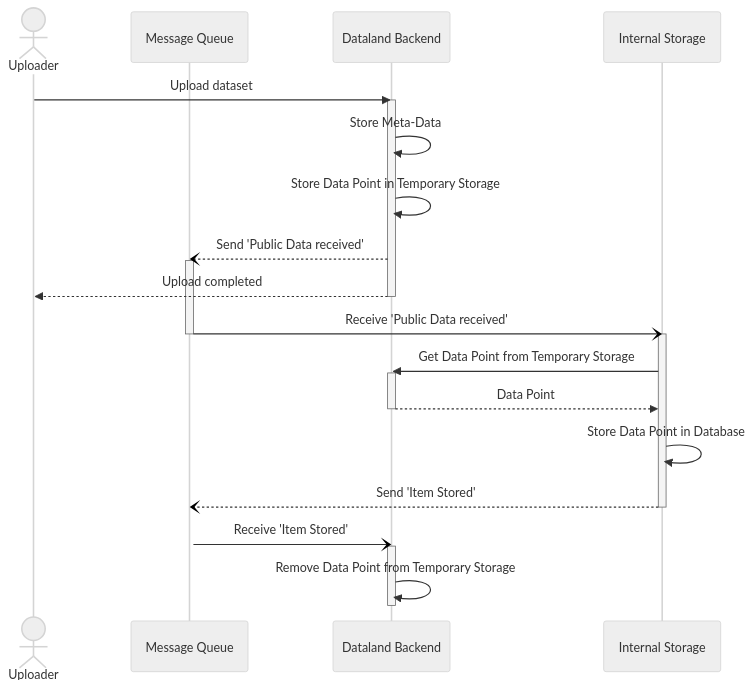
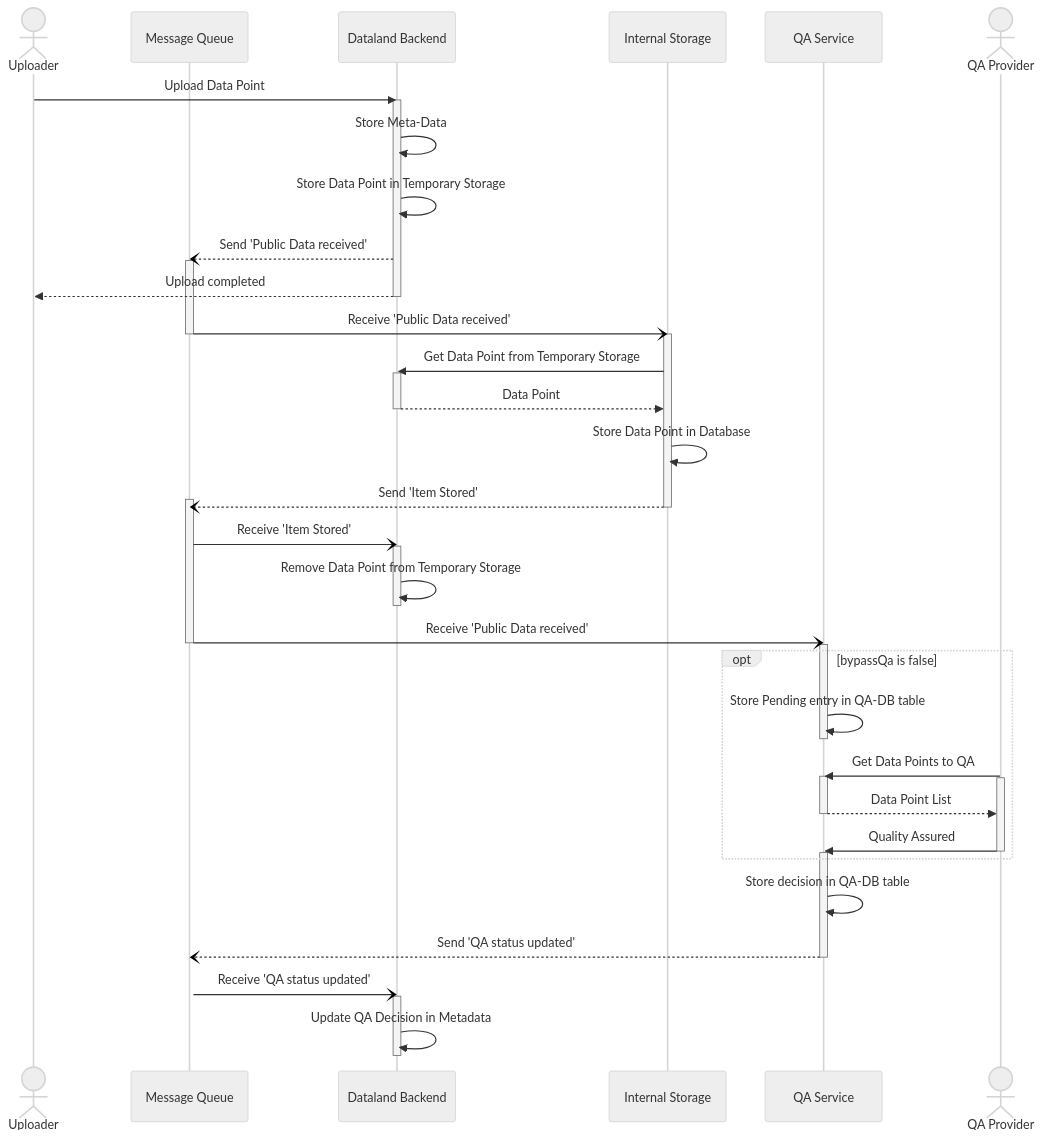
The diagram in documentation/processes/data_point_upload_process.md (d-fine/Dataland), drawn with Mermaid (neutral theme) before and after one commit. The commit also changed 85 other files, not shown here.

First line of the commit message:
DALA-5188 QA Process for Data Points (#853)

````diff
--- a/documentation/processes/data_point_upload_process.md
+++ b/documentation/processes/data_point_upload_process.md
@@ -11,33 +11,63 @@
 ```mermaid
 sequenceDiagram
     actor Uploader
     participant mq as Message Queue
     participant backend as Dataland Backend
     participant storage as Internal Storage
+    participant qaService as QA Service
+    actor qaler as QA Provider
 
-    Uploader ->> backend: Upload dataset
+    Uploader ->> backend: Upload Data Point
     activate backend
     backend ->> backend: Store Meta-Data
     backend ->> backend: Store Data Point in Temporary Storage
     backend --) mq: Send 'Public Data received'
     activate mq
     backend -->> Uploader: Upload completed
     deactivate backend
 
     mq -) storage: Receive 'Public Data received'
     deactivate mq
     activate storage
     storage ->> backend: Get Data Point from Temporary Storage
     activate backend
     backend -->> storage: Data Point
     deactivate backend
     storage ->> storage: Store Data Point in Database
     storage --) mq: Send 'Item Stored'
     activate mq
     deactivate storage
 
     mq -) backend: Receive 'Item Stored'
     activate backend
     backend ->> backend: Remove Data Point from Temporary Storage
     deactivate backend
+    mq -) qaService: Receive 'Public Data received'
+    deactivate mq
+    activate qaService
+
+    opt bypassQa is false
+        qaService ->> qaService: Store Pending entry in QA-DB table
+        deactivate qaService
+
+        qaler ->> qaService: Get Data Points to QA
+        activate qaService
+        activate qaler
+        qaService -->> qaler: Data Point List
+        deactivate qaService
+        qaler ->> qaService: Quality Assured
+        deactivate qaler
+        activate qaService
+    end
+
+    qaService ->> qaService: Store decision in QA-DB table
+
+    qaService --) mq: Send 'QA status updated'
+    deactivate qaService
+    activate mq
+
+    mq -) backend: Receive 'QA status updated'
+    activate backend
+    backend ->> backend: Update QA Decision in Metadata
+    deactivate backend
 ```
````
